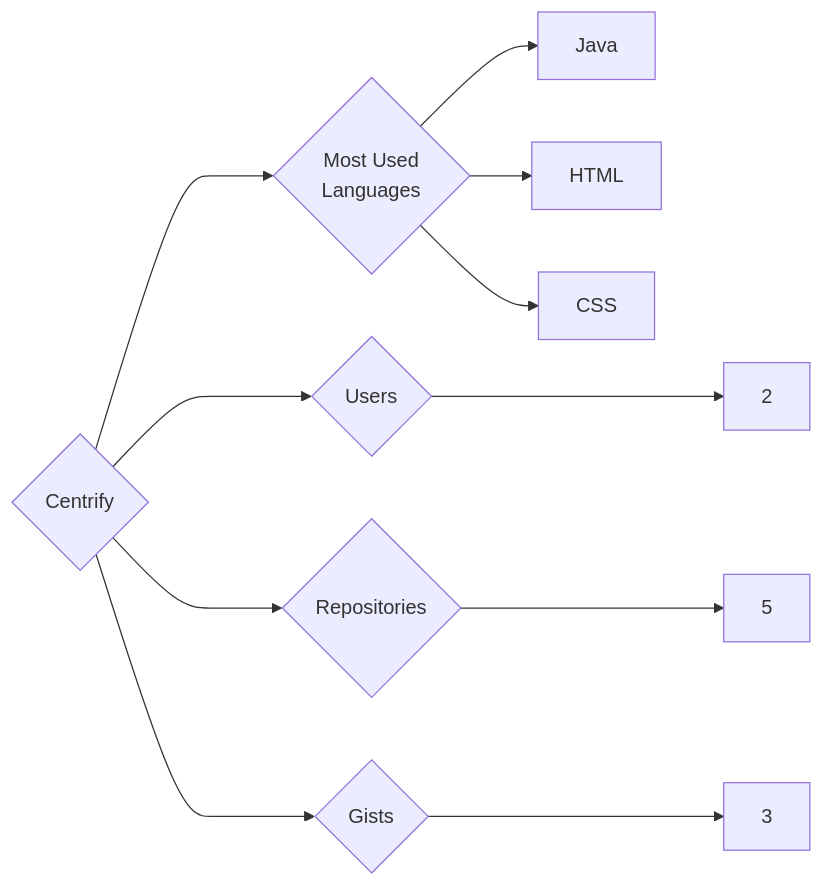
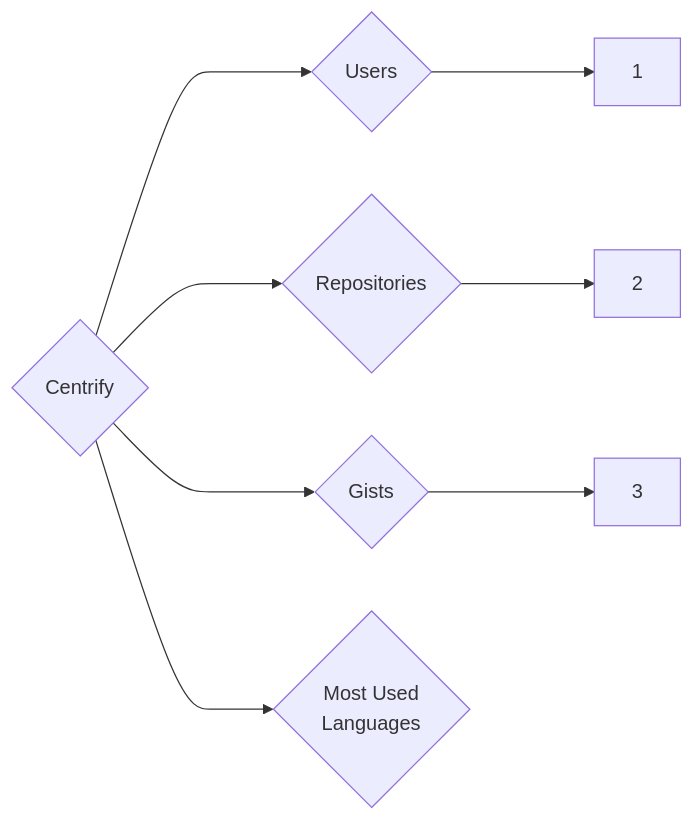
The diagram in targets/Centrify/README.md (trickest/insiders), drawn with Mermaid before and after one commit. The commit also changed 861 other files, not shown here.

````diff
--- a/targets/Centrify/README.md
+++ b/targets/Centrify/README.md
@@ -3,11 +3,8 @@
 ```mermaid
 graph LR
 COMPANY_NAME{Centrify}
-COMPANY_NAME ---> U{Users} ---> UN[2]
-COMPANY_NAME ---> R{Repositories} ---> RN[5]
+COMPANY_NAME ---> U{Users} ---> UN[1]
+COMPANY_NAME ---> R{Repositories} ---> RN[2]
 COMPANY_NAME ---> G{Gists} ---> GN[3]
 COMPANY_NAME ---> ML{Most Used<br>Languages}
-ML --> Java[Java]
-ML --> HTML[HTML]
-ML --> CSS[CSS]
 ```
````
